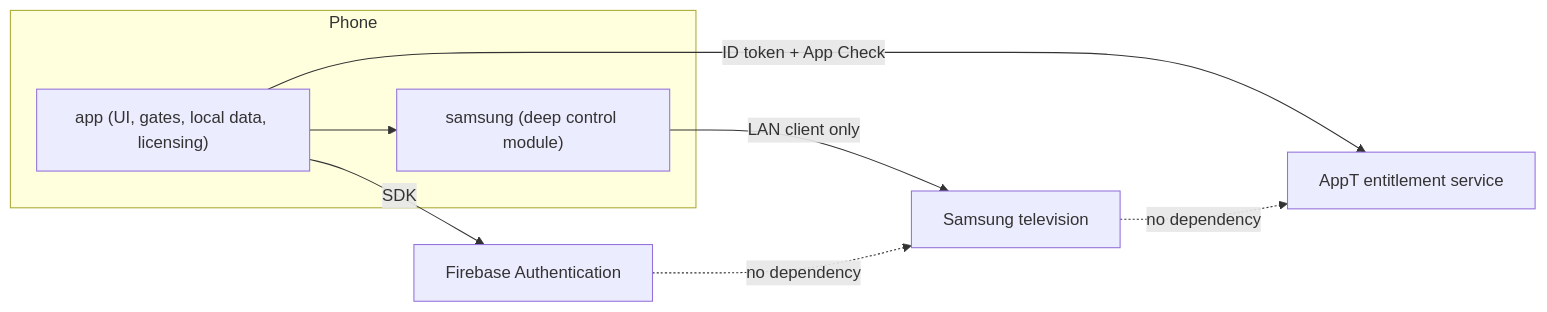
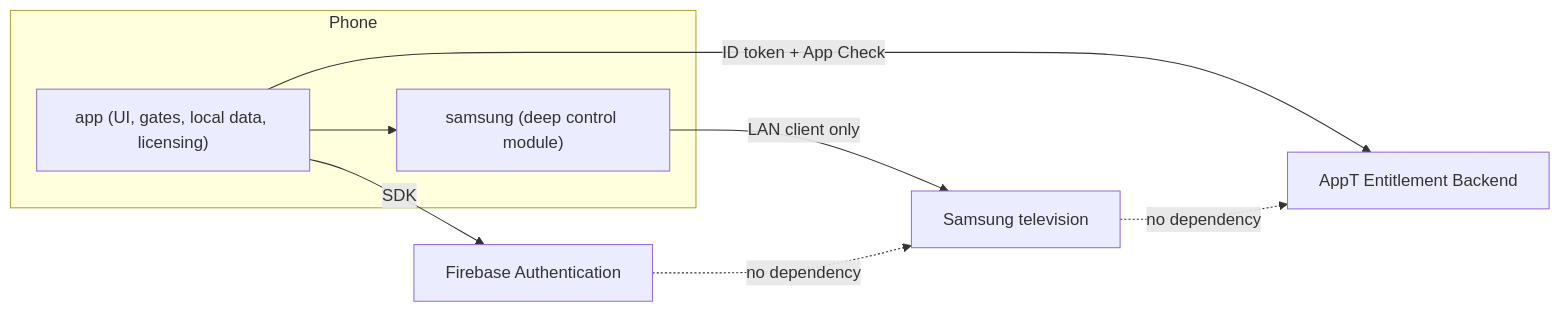
One commit to anthracite-labs/AppT changed the first of 2 diagrams in docs/architecture/modules.md. Above: the diagram before and after it, drawn with Mermaid. The commit also changed other lines of this file and 8 other files, not shown here.

````diff
--- a/docs/architecture/modules.md
+++ b/docs/architecture/modules.md
@@ -25,16 +25,16 @@
 ```mermaid
 flowchart LR
   subgraph phone [Phone]
     appMod["app (UI, gates, local data, licensing)"]
     samsungMod["samsung (deep control module)"]
     appMod --> samsungMod
   end
   tv["Samsung television"]
   auth["Firebase Authentication"]
-  fn["AppT entitlement service"]
+  fn["AppT Entitlement Backend"]
   samsungMod -->|"LAN client only"| tv
   appMod -->|"ID token + App Check"| fn
   appMod -->|"SDK"| auth
   tv -.->|"no dependency"| fn
   auth -.->|"no dependency"| tv
 ```
````
